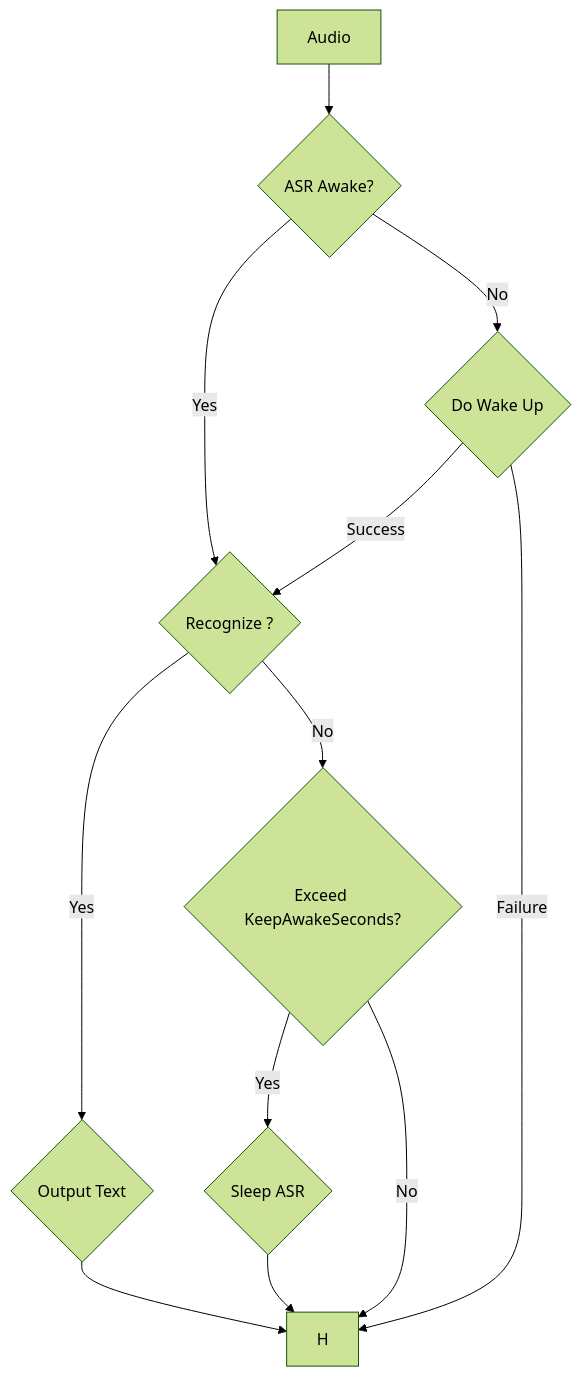
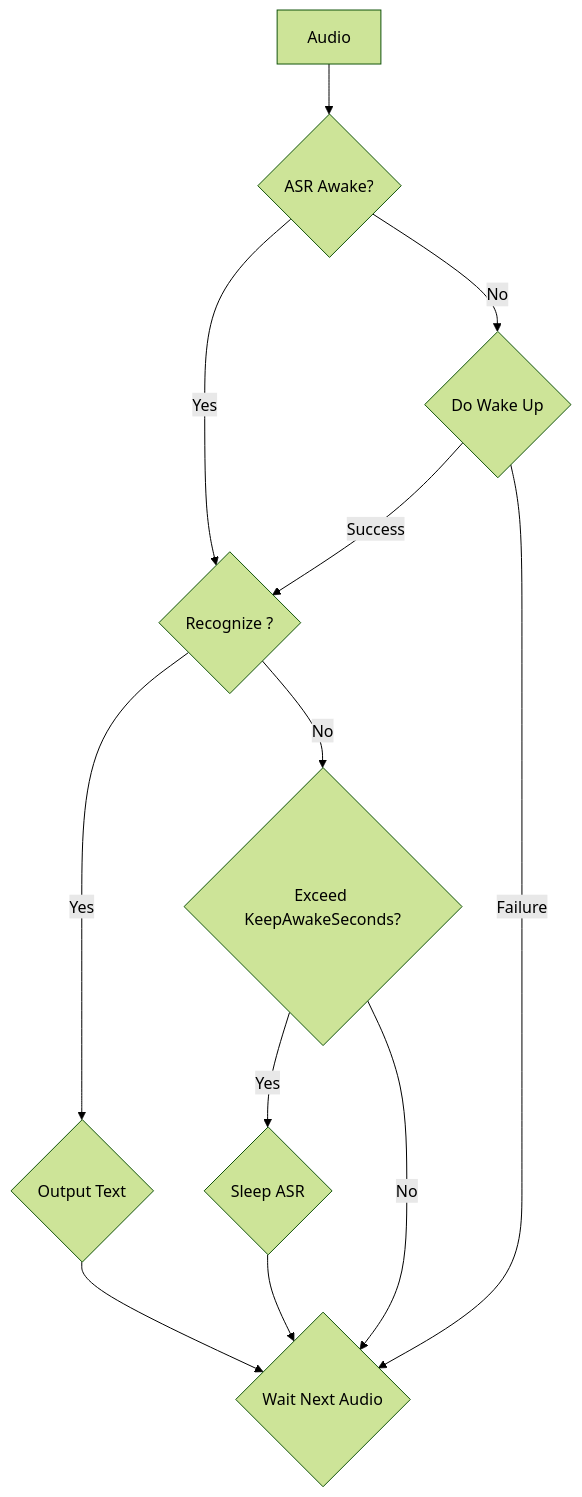
The diagram in docs/speech/wakeup.md (endink/Mediapipe4u-plugin), drawn with Mermaid (forest theme) before and after one commit.

````diff
--- a/docs/speech/wakeup.md
+++ b/docs/speech/wakeup.md
@@ -63,18 +63,18 @@
 ``` mermaid
 graph TD
   A[Audio] --> B{ASR Awake?};
   B --> |Yes| D{Recognize ?};
   B --> |No| C{Do Wake Up}
   C --> |Success| D
-  C --> |Failure| H
+  C --> |Failure| H{Wait Next Audio}
 
   D -->|Yes| E{Output Text};
   E --> H
  
   D -->|No| F{Exceed KeepAwakeSeconds?};
 
   F --> |Yes| G{Sleep ASR}
   G --> H
   F --> |No| H
   
 ```
````
